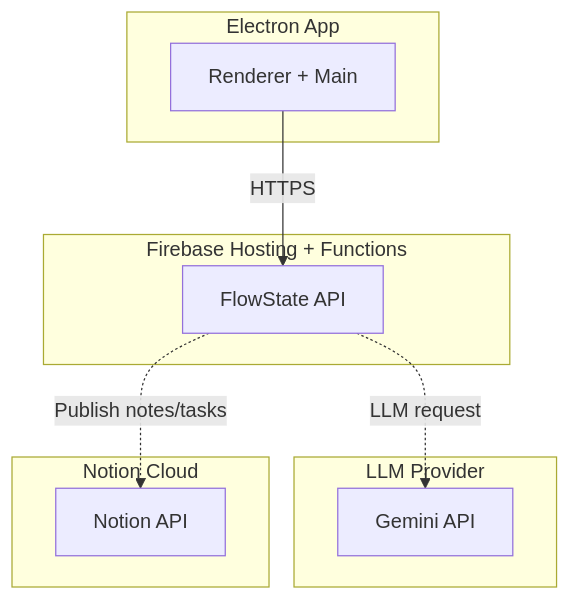
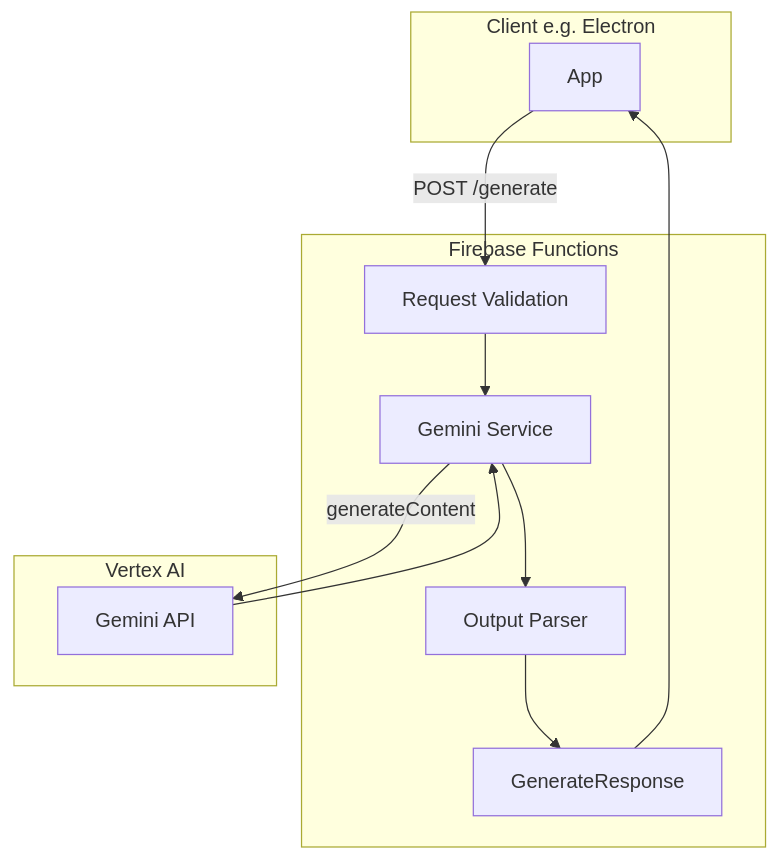
Before and after one commit to hcwiley/flwst: the diagram in servers/firebase/ARCH.md, drawn with Mermaid. The commit also changed other lines of this file and 67 other files, not shown here.

````diff
--- a/servers/firebase/ARCH.md
+++ b/servers/firebase/ARCH.md
@@ -24,22 +29,25 @@
 ```mermaid
 flowchart TD
-  subgraph Client[Electron App]
-    App[Renderer + Main]
+  subgraph Client[Client e.g. Electron]
+    App[App]
   end
 
-  subgraph Firebase[Firebase Hosting + Functions]
-    Functions[FlowState API]
+  subgraph Firebase[Firebase Functions]
+    Validate[Request Validation]
+    GeminiService[Gemini Service]
+    Parser[Output Parser]
+    Response[GenerateResponse]
   end
 
-  subgraph LLM[LLM Provider]
+  subgraph LLM[Vertex AI]
     Gemini[Gemini API]
   end
 
-  subgraph Notion[Notion Cloud]
-    NotionAPI[Notion API]
-  end
-
-  App -->|HTTPS| Functions
-  Functions -.->|LLM request| Gemini
-  Functions -.->|Publish notes/tasks| NotionAPI
+  App -->|POST /generate| Validate
+  Validate --> GeminiService
+  GeminiService -->|generateContent| Gemini
+  Gemini --> GeminiService
+  GeminiService --> Parser
+  Parser --> Response
+  Response --> App
 ```
````
